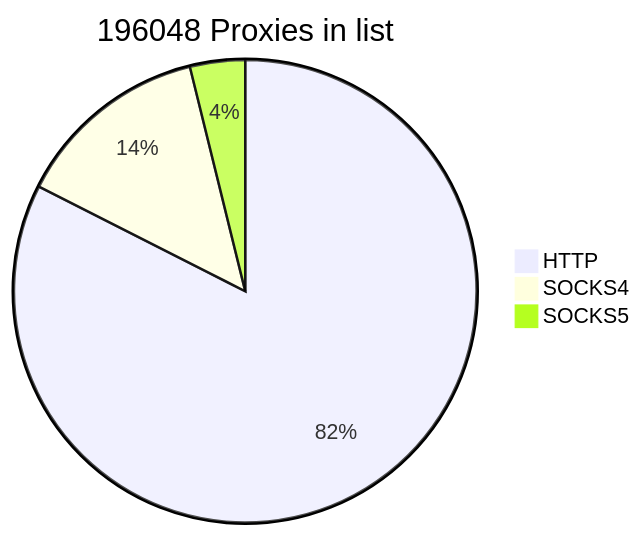
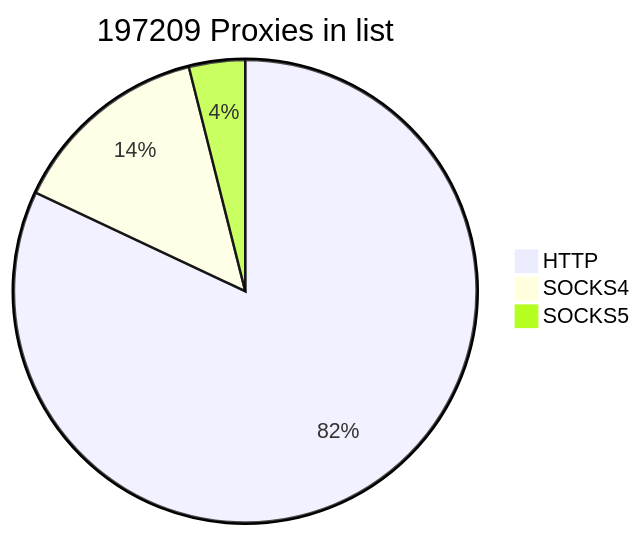
The first of 2 diagrams in README.md (cutipu/proxylist), drawn with Mermaid before and after one commit. The commit also changed other lines of this file, not shown here.

````diff
--- a/README.md
+++ b/README.md
@@ -2,7 +2,7 @@
 ```mermaid
-pie title 196048 Proxies in list
-    "HTTP" : 161686
-    "SOCKS4" : 26816
-    "SOCKS5" : 7546
+pie title 197209 Proxies in list
+    "HTTP" : 161715
+    "SOCKS4" : 27759
+    "SOCKS5" : 7735
             
 ```
````
